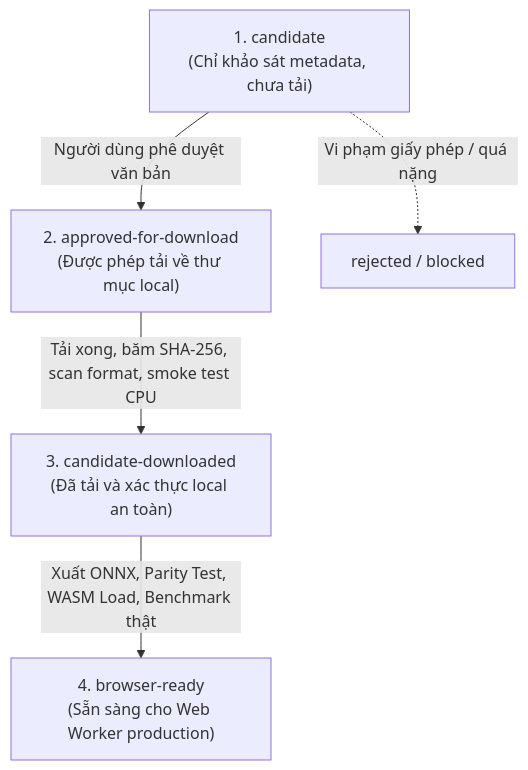
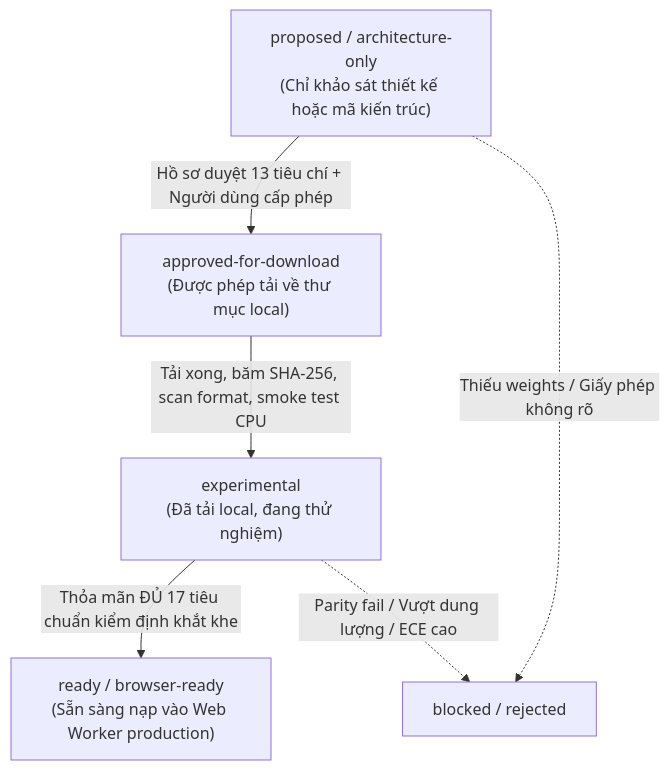
The diagram in docs/MODEL_ACQUISITION_GATE.md (nomozer/forensics-web-lab), drawn with Mermaid before and after one commit. The commit also changed other lines of this file and 17 other files, not shown here.

````diff
--- a/docs/MODEL_ACQUISITION_GATE.md
+++ b/docs/MODEL_ACQUISITION_GATE.md
@@ -15,8 +16,9 @@
 ```mermaid
 graph TD
-    A["1. candidate<br/>(Chỉ khảo sát metadata, chưa tải)"] -->|Người dùng phê duyệt văn bản| B["2. approved-for-download<br/>(Được phép tải về thư mục local)"]
-    B -->|Tải xong, băm SHA-256, scan format, smoke test CPU| C["3. candidate-downloaded<br/>(Đã tải và xác thực local an toàn)"]
-    C -->|Xuất ONNX, Parity Test, WASM Load, Benchmark thật| D["4. browser-ready<br/>(Sẵn sàng cho Web Worker production)"]
+    P["proposed / architecture-only<br/>(Chỉ khảo sát thiết kế hoặc mã kiến trúc)"] -->|Hồ sơ duyệt 13 tiêu chí + Người dùng cấp phép| A["approved-for-download<br/>(Được phép tải về thư mục local)"]
+    A -->|Tải xong, băm SHA-256, scan format, smoke test CPU| B["experimental<br/>(Đã tải local, đang thử nghiệm)"]
+    B -->|Thỏa mãn ĐỦ 17 tiêu chuẩn kiểm định khắt khe| C["ready / browser-ready<br/>(Sẵn sàng nạp vào Web Worker production)"]
     
-    A -.->|Vi phạm giấy phép / quá nặng| X["rejected / blocked"]
+    P -.->|Thiếu weights / Giấy phép không rõ| X["blocked / rejected"]
+    B -.->|Parity fail / Vượt dung lượng / ECE cao| X
 ```
````
